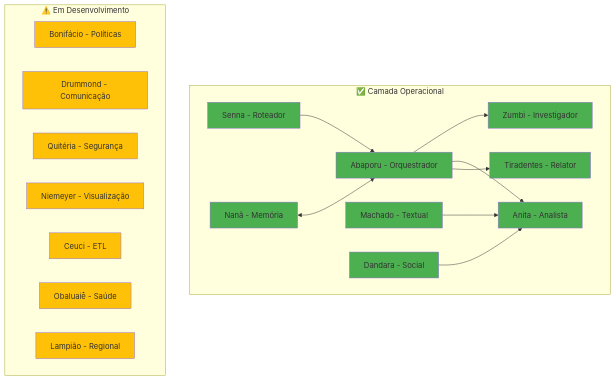
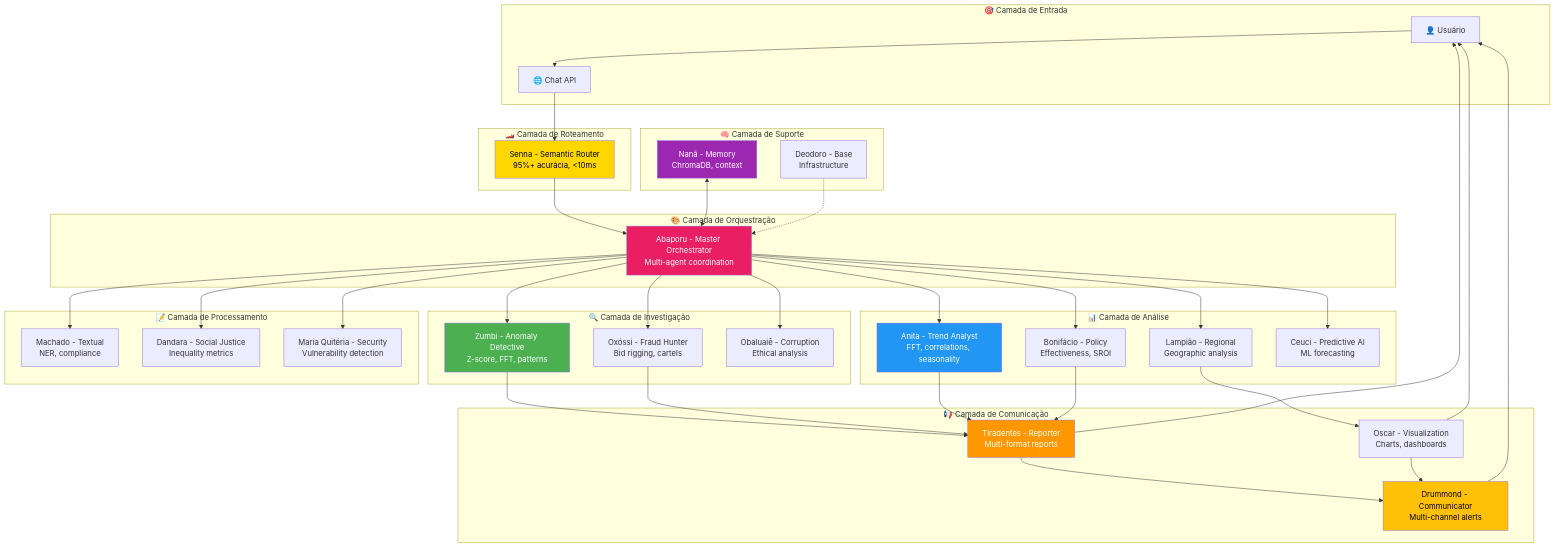
One commit to anderson-ufrj/cidadao.ai-technical-docs changed the diagram in docs/agents/overview.md. Above: the diagram before and after it, drawn with Mermaid. The commit also changed other lines of this file, not shown here.

````diff
--- a/docs/agents/overview.md
+++ b/docs/agents/overview.md
@@ -44,48 +61,84 @@
 ```mermaid
 graph TB
-    subgraph "✅ Camada Operacional"
-        MA[Abaporu - Orquestrador]
-        ZU[Zumbi - Investigador]
-        AN[Anita - Analista]
-        TI[Tiradentes - Relator]
-        SE[Senna - Roteador]
-        NA[Nanã - Memória]
-        MAC[Machado - Textual]
-        DA[Dandara - Social]
+    subgraph "🎯 Camada de Entrada"
+        USER[👤 Usuário]
+        API[🌐 Chat API]
     end
-    
-    subgraph "⚠️ Em Desenvolvimento"
-        BO[Bonifácio - Políticas]
-        DR[Drummond - Comunicação]
-        QU[Quitéria - Segurança]
-        NI[Niemeyer - Visualização]
-        CE[Ceuci - ETL]
-        OB[Obaluaiê - Saúde]
-        LA[Lampião - Regional]
+
+    subgraph "🏎️ Camada de Roteamento"
+        SENNA[Senna - Semantic Router<br/>95%+ acurácia, <10ms]
     end
-    
-    MA --> ZU
-    MA --> AN
-    MA --> TI
-    SE --> MA
-    NA <--> MA
-    MAC --> AN
-    DA --> AN
-    
-    style MA fill:#4CAF50
-    style ZU fill:#4CAF50
-    style AN fill:#4CAF50
-    style TI fill:#4CAF50
-    style SE fill:#4CAF50
-    style NA fill:#4CAF50
-    style MAC fill:#4CAF50
-    style DA fill:#4CAF50
-    
-    style BO fill:#FFC107
-    style DR fill:#FFC107
-    style QU fill:#FFC107
-    style NI fill:#FFC107
-    style CE fill:#FFC107
-    style OB fill:#FFC107
-    style LA fill:#FFC107
+
+    subgraph "🎨 Camada de Orquestração"
+        ABAPORU[Abaporu - Master Orchestrator<br/>Multi-agent coordination]
+    end
+
+    subgraph "🔍 Camada de Investigação"
+        ZUMBI[Zumbi - Anomaly Detective<br/>Z-score, FFT, patterns]
+        OXOSSI[Oxóssi - Fraud Hunter<br/>Bid rigging, cartels]
+        OBALUAIE[Obaluaiê - Corruption<br/>Ethical analysis]
+    end
+
+    subgraph "📊 Camada de Análise"
+        ANITA[Anita - Trend Analyst<br/>FFT, correlations, seasonality]
+        LAMPIAO[Lampião - Regional<br/>Geographic analysis]
+        BONIFACIO[Bonifácio - Policy<br/>Effectiveness, SROI]
+        CEUCI[Ceuci - Predictive AI<br/>ML forecasting]
+    end
+
+    subgraph "📝 Camada de Processamento"
+        MACHADO[Machado - Textual<br/>NER, compliance]
+        DANDARA[Dandara - Social Justice<br/>Inequality metrics]
+        QUITERIA[Maria Quitéria - Security<br/>Vulnerability detection]
+    end
+
+    subgraph "📢 Camada de Comunicação"
+        TIRADENTES[Tiradentes - Reporter<br/>Multi-format reports]
+        DRUMMOND[Drummond - Communicator<br/>Multi-channel alerts]
+        NIEMEYER[Oscar - Visualization<br/>Charts, dashboards]
+    end
+
+    subgraph "🧠 Camada de Suporte"
+        NANA[Nanã - Memory<br/>ChromaDB, context]
+        DEODORO[Deodoro - Base<br/>Infrastructure]
+    end
+
+    USER --> API
+    API --> SENNA
+    SENNA --> ABAPORU
+
+    ABAPORU --> ZUMBI
+    ABAPORU --> OXOSSI
+    ABAPORU --> OBALUAIE
+    ABAPORU --> ANITA
+    ABAPORU --> LAMPIAO
+    ABAPORU --> BONIFACIO
+    ABAPORU --> CEUCI
+    ABAPORU --> MACHADO
+    ABAPORU --> DANDARA
+    ABAPORU --> QUITERIA
+
+    ZUMBI --> TIRADENTES
+    OXOSSI --> TIRADENTES
+    ANITA --> TIRADENTES
+    LAMPIAO --> NIEMEYER
+    BONIFACIO --> TIRADENTES
+
+    TIRADENTES --> DRUMMOND
+    NIEMEYER --> DRUMMOND
+
+    DRUMMOND --> USER
+    TIRADENTES --> USER
+    NIEMEYER --> USER
+
+    NANA <--> ABAPORU
+    DEODORO -.-> ABAPORU
+
+    style SENNA fill:#FFD700,color:#000
+    style ABAPORU fill:#E91E63,color:#fff
+    style ZUMBI fill:#4CAF50,color:#fff
+    style ANITA fill:#2196F3,color:#fff
+    style TIRADENTES fill:#FF9800,color:#fff
+    style NANA fill:#9C27B0,color:#fff
+    style DRUMMOND fill:#FFC107,color:#000
 ```
````
